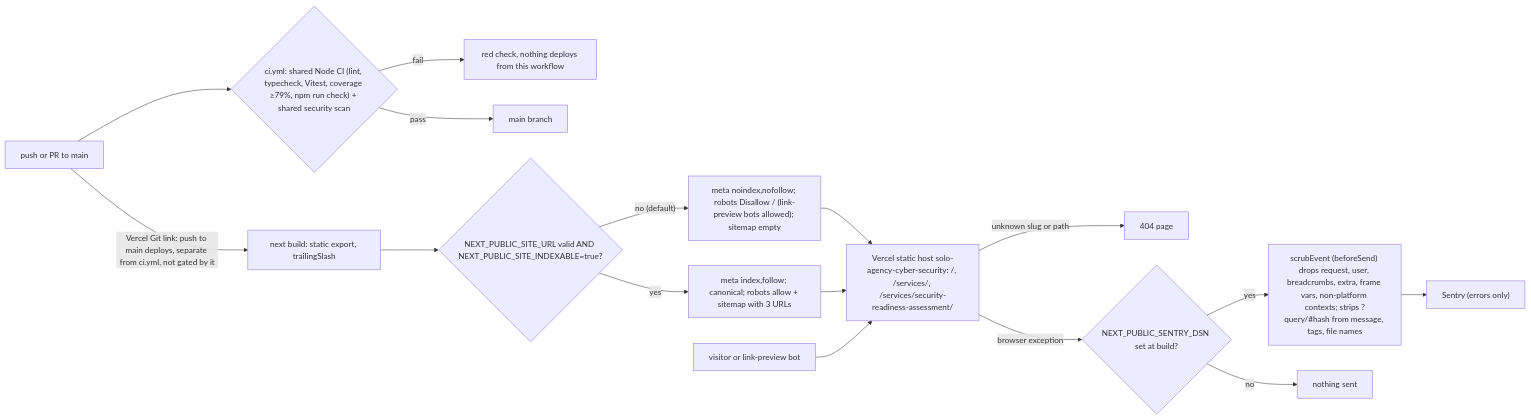
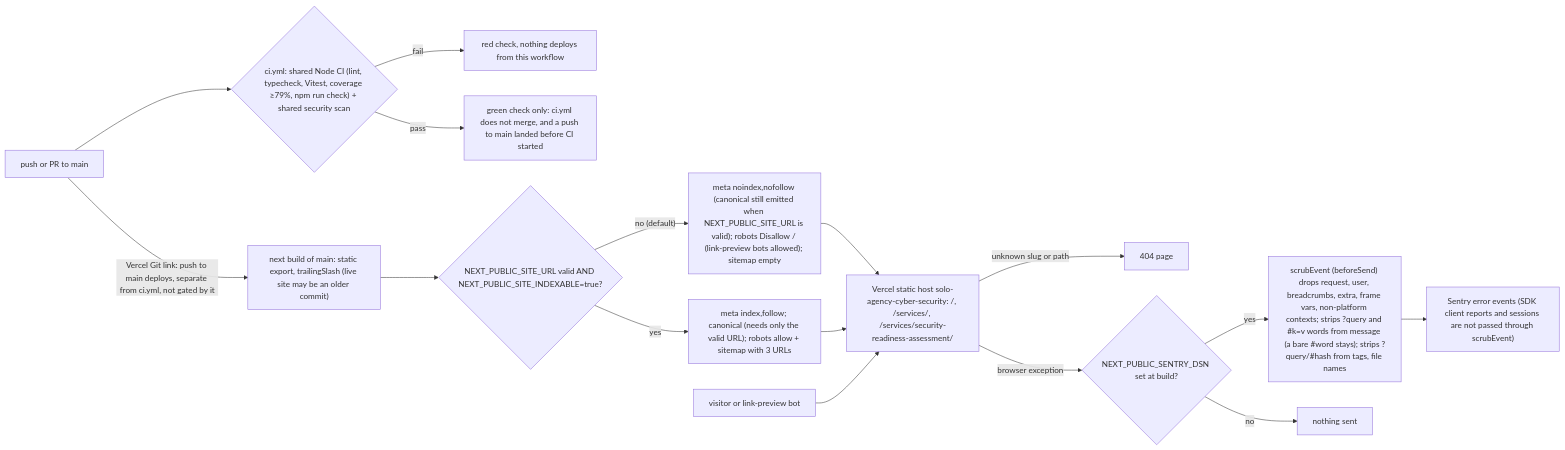
Before and after one commit to bookchaowalit-agency/agency-cyber-security-web: the second of 2 diagrams in docs/diagrams/01-business-process.md, drawn with Mermaid. The commit also changed other lines of this file, not shown here.

````diff
--- a/docs/diagrams/01-business-process.md
+++ b/docs/diagrams/01-business-process.md
@@ -41,17 +41,17 @@
 ```mermaid
 flowchart LR
   DEV["push or PR to main"] --> CI{"ci.yml: shared Node CI (lint, typecheck, Vitest, coverage ≥79%, npm run check) + shared security scan"}
   CI -->|fail| RED["red check, nothing deploys from this workflow"]
-  CI -->|pass| MAIN["main branch"]
-  DEV -->|"Vercel Git link: push to main deploys, separate from ci.yml, not gated by it"| BUILD["next build: static export, trailingSlash"]
+  CI -->|pass| GREEN["green check only: ci.yml does not merge, and a push to main landed before CI started"]
+  DEV -->|"Vercel Git link: push to main deploys, separate from ci.yml, not gated by it"| BUILD["next build of main: static export, trailingSlash (live site may be an older commit)"]
   BUILD --> GATE{"NEXT_PUBLIC_SITE_URL valid AND NEXT_PUBLIC_SITE_INDEXABLE=true?"}
-  GATE -->|"no (default)"| NOIDX["meta noindex,nofollow; robots Disallow / (link-preview bots allowed); sitemap empty"]
-  GATE -->|yes| IDX["meta index,follow; canonical; robots allow + sitemap with 3 URLs"]
+  GATE -->|"no (default)"| NOIDX["meta noindex,nofollow (canonical still emitted when NEXT_PUBLIC_SITE_URL is valid); robots Disallow / (link-preview bots allowed); sitemap empty"]
+  GATE -->|yes| IDX["meta index,follow; canonical (needs only the valid URL); robots allow + sitemap with 3 URLs"]
   NOIDX --> SITE["Vercel static host solo-agency-cyber-security: /, /services/, /services/security-readiness-assessment/"]
   IDX --> SITE
   VIS["visitor or link-preview bot"] --> SITE
   SITE -->|"unknown slug or path"| NF["404 page"]
   SITE -->|"browser exception"| DSN{"NEXT_PUBLIC_SENTRY_DSN set at build?"}
-  DSN -->|yes| SCRUB["scrubEvent (beforeSend) drops request, user, breadcrumbs, extra, frame vars, non-platform contexts; strips ?query/#hash from message, tags, file names"] --> SENTRY["Sentry (errors only)"]
+  DSN -->|yes| SCRUB["scrubEvent (beforeSend) drops request, user, breadcrumbs, extra, frame vars, non-platform contexts; strips ?query and #k=v words from message (a bare #word stays); strips ?query/#hash from tags, file names"] --> SENTRY["Sentry error events (SDK client reports and sessions are not passed through scrubEvent)"]
   DSN -->|no| NONE["nothing sent"]
 ```
````
